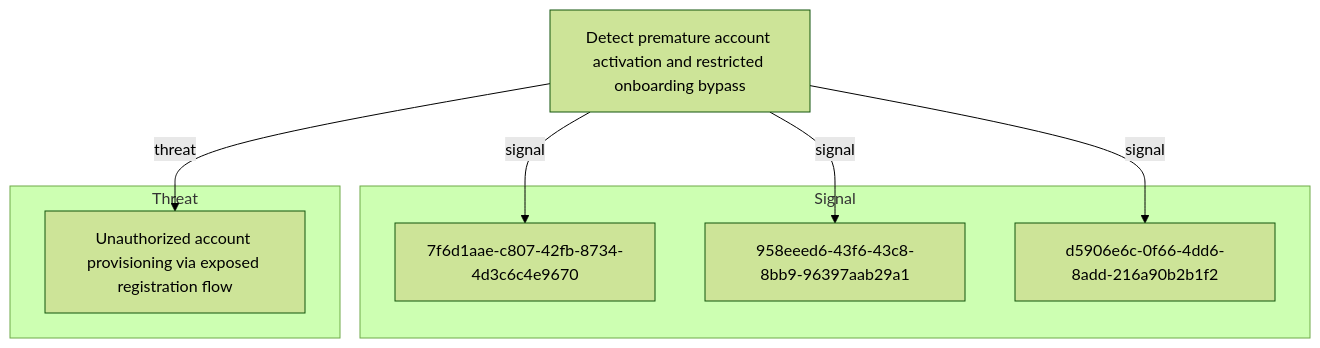
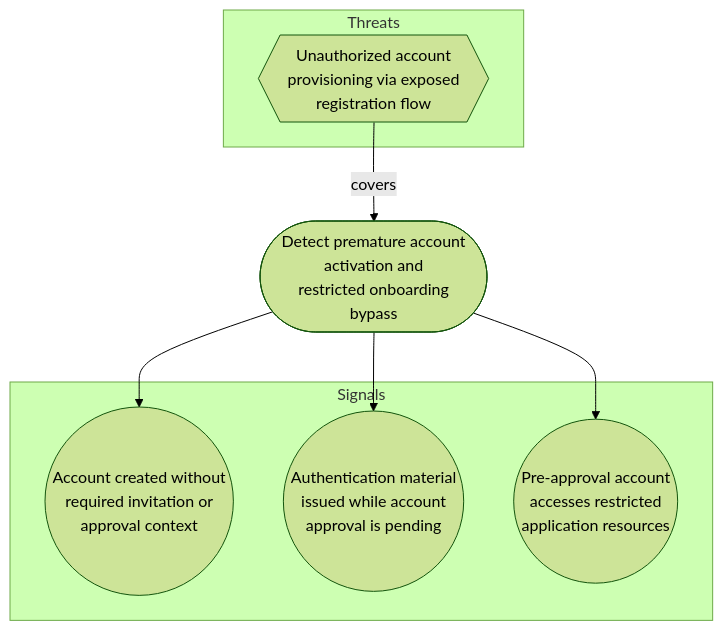
One commit to opentidehq/library changed the diagram in docs/objectives/detect-premature-account-activation-and-restricted-onboarding-bypass.md. Above: the diagram before and after it, drawn with Mermaid (forest theme). The commit also changed other lines of this file and 540 other files, not shown here.

````diff
--- a/docs/objectives/detect-premature-account-activation-and-restricted-onboarding-bypass.md
+++ b/docs/objectives/detect-premature-account-activation-and-restricted-onboarding-bypass.md
@@ -105,16 +106,16 @@
 ```mermaid
 flowchart TB
-subgraph "Signal"
-7f6d1aae_c807_42fb_8734_4d3c6c4e9670["7f6d1aae-c807-42fb-8734-4d3c6c4e9670"]
-958eeed6_43f6_43c8_8bb9_96397aab29a1["958eeed6-43f6-43c8-8bb9-96397aab29a1"]
-d5906e6c_0f66_4dd6_8add_216a90b2b1f2["d5906e6c-0f66-4dd6-8add-216a90b2b1f2"]
+subgraph "Threats"
+3d7dada6_5f9d_4f67_952e_faa2ab794fde{{"Unauthorized account<br>provisioning via exposed<br>registration flow"}}
 end
-subgraph "Threat"
-3d7dada6_5f9d_4f67_952e_faa2ab794fde["Unauthorized account provisioning via exposed registration flow"]
+subgraph "Signals"
+7f6d1aae_c807_42fb_8734_4d3c6c4e9670(("Account created without<br>required invitation or<br>approval context"))
+d5906e6c_0f66_4dd6_8add_216a90b2b1f2(("Authentication material<br>issued while account<br>approval is pending"))
+958eeed6_43f6_43c8_8bb9_96397aab29a1(("Pre-approval account<br>accesses restricted<br>application resources"))
 end
-3a73c153_abd7_40cd_86a5_4d57a42b9a44["Detect premature account activation and restricted onboarding bypass"]
-3a73c153_abd7_40cd_86a5_4d57a42b9a44 -->|signal| 7f6d1aae_c807_42fb_8734_4d3c6c4e9670
-3a73c153_abd7_40cd_86a5_4d57a42b9a44 -->|signal| 958eeed6_43f6_43c8_8bb9_96397aab29a1
-3a73c153_abd7_40cd_86a5_4d57a42b9a44 -->|signal| d5906e6c_0f66_4dd6_8add_216a90b2b1f2
-3a73c153_abd7_40cd_86a5_4d57a42b9a44 -->|threat| 3d7dada6_5f9d_4f67_952e_faa2ab794fde
+3a73c153_abd7_40cd_86a5_4d57a42b9a44(["Detect premature account<br>activation and<br>restricted onboarding<br>bypass"])
+3d7dada6_5f9d_4f67_952e_faa2ab794fde -->|covers| 3a73c153_abd7_40cd_86a5_4d57a42b9a44
+3a73c153_abd7_40cd_86a5_4d57a42b9a44 --> 7f6d1aae_c807_42fb_8734_4d3c6c4e9670
+3a73c153_abd7_40cd_86a5_4d57a42b9a44 --> d5906e6c_0f66_4dd6_8add_216a90b2b1f2
+3a73c153_abd7_40cd_86a5_4d57a42b9a44 --> 958eeed6_43f6_43c8_8bb9_96397aab29a1
 ```
````
